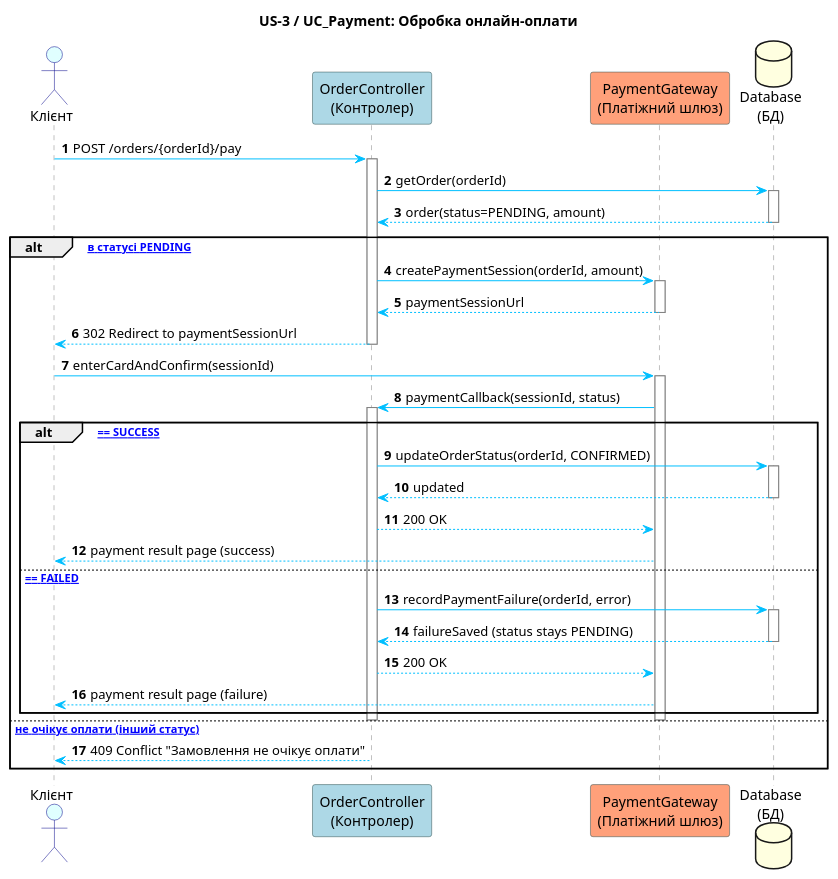
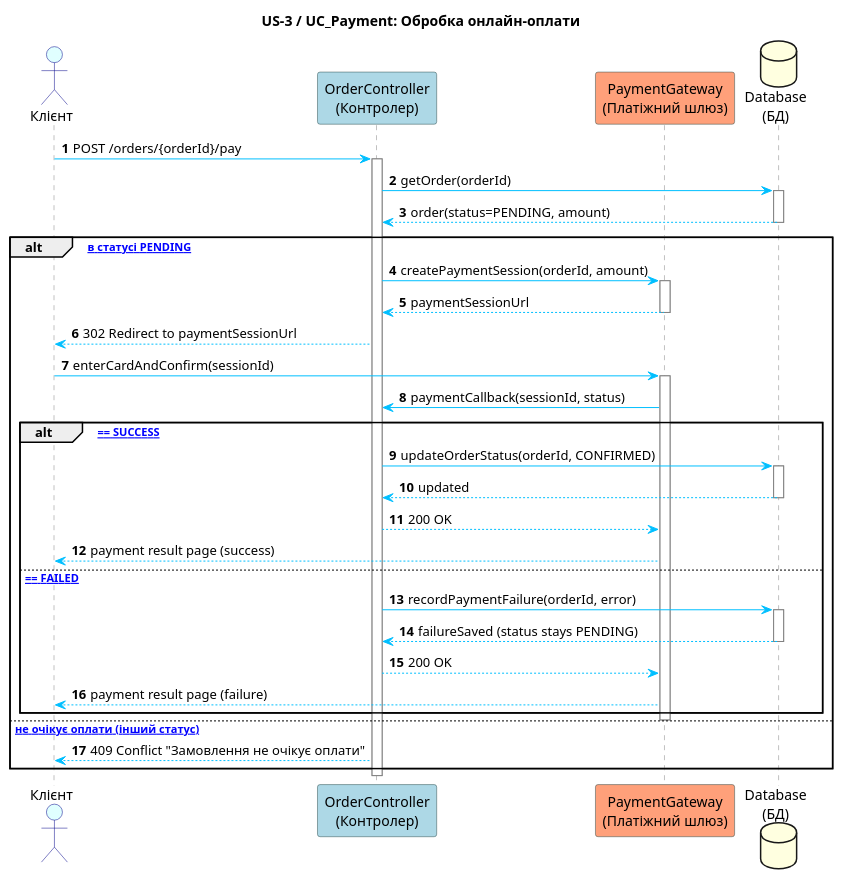
One commit to leormix/KPILabs2year changed the diagram in 3rd/sequence-payment.puml. Above: the diagram before and after it, drawn with PlantUML.

Commit message:
fix(puml): make OrderController activation continuous across outer alt in US-3

```diff
--- a/3rd/sequence-payment.puml
+++ b/3rd/sequence-payment.puml
@@ -1,67 +1,64 @@
 @startuml
 autonumber
 title US-3 / UC_Payment: Обробка онлайн-оплати
 
 skinparam sequence {
     ArrowColor DeepSkyBlue
     ActorBorderColor DarkBlue
     ActorBackgroundColor LightCyan
     LifeLineBorderColor Grey
     LifeLineBackgroundColor White
     ParticipantBorderColor DarkSlateGray
     ParticipantBackgroundColor LightGrey
 }
 
 actor "Клієнт" as Customer #LightCyan
 participant "OrderController\n(Контролер)" as OC #LightBlue
 participant "PaymentGateway\n(Платіжний шлюз)" as PG #LightSalmon
 database "Database\n(БД)" as DB #LightYellow
 
 Customer -> OC : POST /orders/{orderId}/pay
 activate OC
 
 OC -> DB : getOrder(orderId)
 activate DB
 DB --> OC : order(status=PENDING, amount)
 deactivate DB
 
 alt [Замовлення в статусі PENDING]
   OC -> PG : createPaymentSession(orderId, amount)
   activate PG
   PG --> OC : paymentSessionUrl
   deactivate PG
 
   OC --> Customer : 302 Redirect to paymentSessionUrl
-  deactivate OC
 
   Customer -> PG : enterCardAndConfirm(sessionId)
   activate PG
 
   PG -> OC : paymentCallback(sessionId, status)
-  activate OC
-  
+
   alt [status == SUCCESS]
     OC -> DB : updateOrderStatus(orderId, CONFIRMED)
     activate DB
     DB --> OC : updated
     deactivate DB
     OC --> PG : 200 OK
     PG --> Customer : payment result page (success)
   else [status == FAILED]
     OC -> DB : recordPaymentFailure(orderId, error)
     activate DB
     DB --> OC : failureSaved (status stays PENDING)
     deactivate DB
     OC --> PG : 200 OK
     PG --> Customer : payment result page (failure)
   end
   
-  deactivate OC
   deactivate PG
 
 else [Замовлення не очікує оплати (інший статус)]
   OC --> Customer : 409 Conflict "Замовлення не очікує оплати"
-  deactivate OC
 end
 
+deactivate OC 
 @enduml
```
